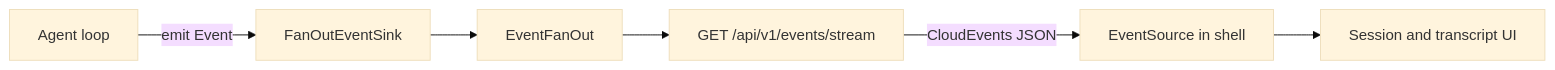
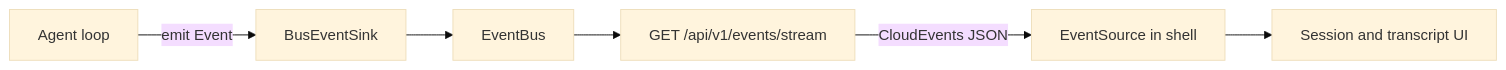
Before and after one commit to cgund98/robi: the diagram in docs/design/events-sse.md, drawn with Mermaid (base theme). The commit also changed other lines of this file and 90 other files, not shown here.

````diff
--- a/docs/design/events-sse.md
+++ b/docs/design/events-sse.md
@@ -28,8 +28,8 @@
 ```mermaid
 flowchart LR
-  Agent[Agent loop] -->|emit Event| Sink[FanOutEventSink]
-  Sink --> Hub[EventFanOut]
+  Agent[Agent loop] -->|emit Event| Sink[BusEventSink]
+  Sink --> Hub[EventBus]
   Hub --> Sse["GET /api/v1/events/stream"]
   Sse -->|CloudEvents JSON| ES[EventSource in shell]
   ES --> Store[Session and transcript UI]
 ```
````
